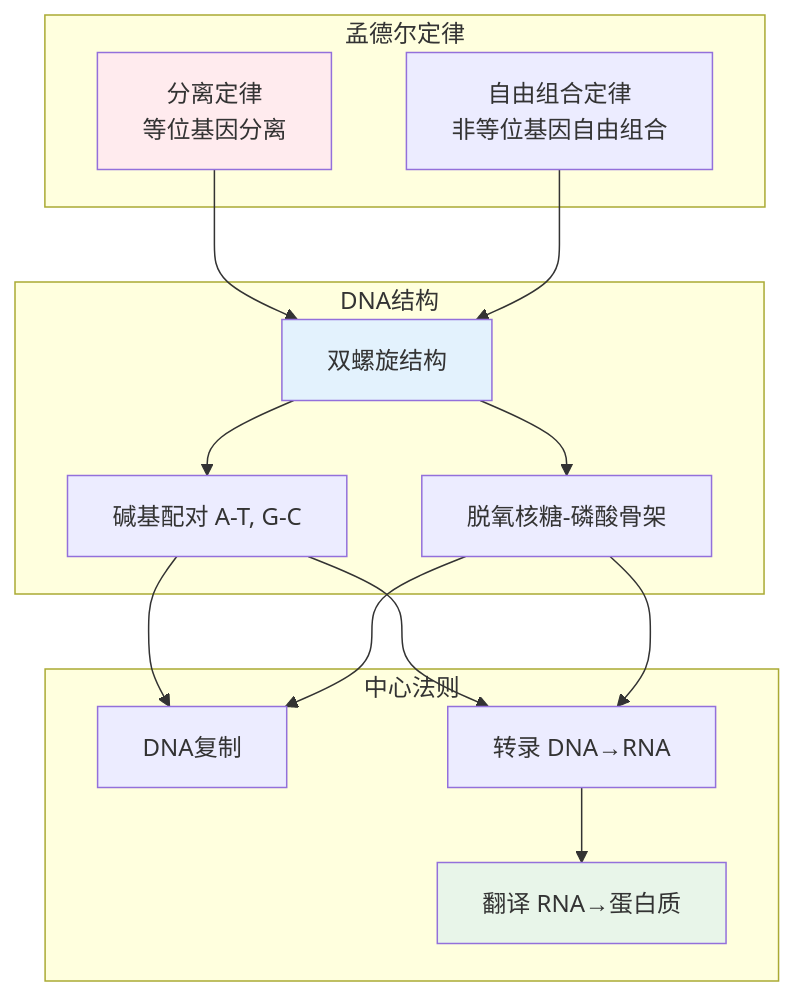
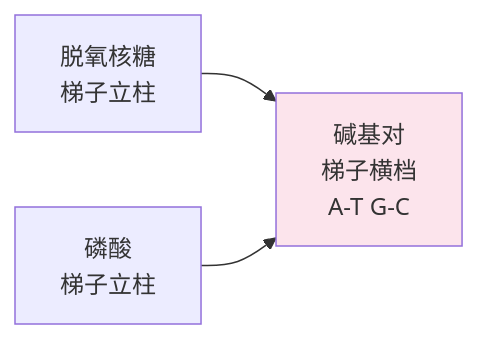
Before and after one commit to wxyClark/wxyClark.github.io: the fourth of 11 diagrams in content/natural-sciences/biology/index.md, drawn with Mermaid. The commit also changed other lines of this file and 11 other files, not shown here.

````diff
--- a/content/natural-sciences/biology/index.md
+++ b/content/natural-sciences/biology/index.md
@@ -99,28 +102,10 @@
 ```mermaid
-flowchart TD
-    subgraph 孟德尔定律
-        L1[分离定律<br/>等位基因分离]
-        L2[自由组合定律<br/>非等位基因自由组合]
-    end
+flowchart LR
+    D1[脱氧核糖<br/>梯子立柱] 
+    D2[磷酸<br/>梯子立柱] 
+    D3[碱基对<br/>梯子横档<br/>A-T  G-C] 
     
-    subgraph DNA结构
-        D1[双螺旋结构]
-        D2[碱基配对 A-T, G-C]
-        D3[脱氧核糖-磷酸骨架]
-    end
+    D1 & D2 --> D3
     
-    subgraph 中心法则
-        CF1[DNA复制]
-        CF2[转录 DNA→RNA]
-        CF3[翻译 RNA→蛋白质]
-    end
-    
-    L1 & L2 --> D1
-    D1 --> D2 & D3
-    D2 & D3 --> CF1 & CF2
-    CF2 --> CF3
-    
-    style L1 fill:#ffebee
-    style D1 fill:#e3f2fd
-    style CF3 fill:#e8f5e9
+    style D3 fill:#fce4ec
 ```
````
